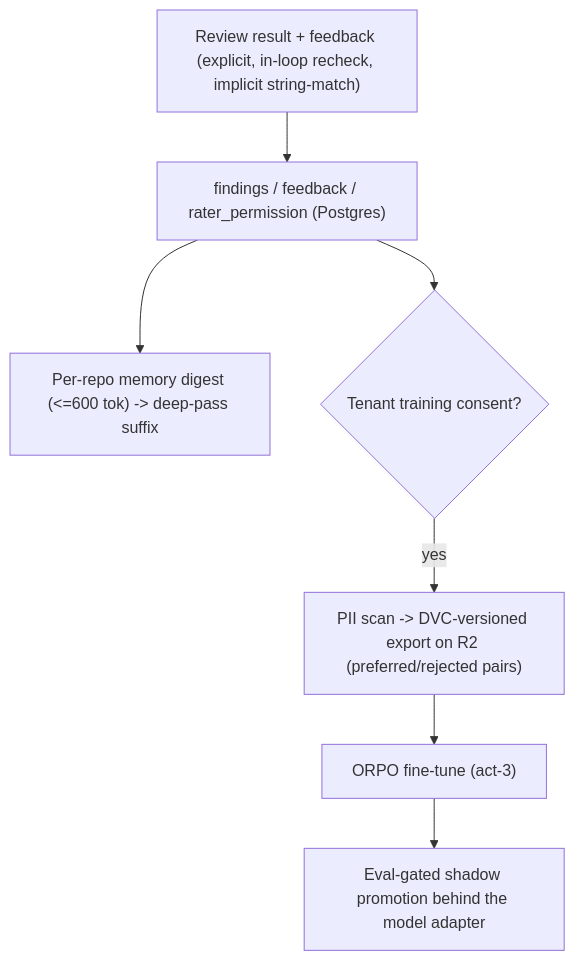
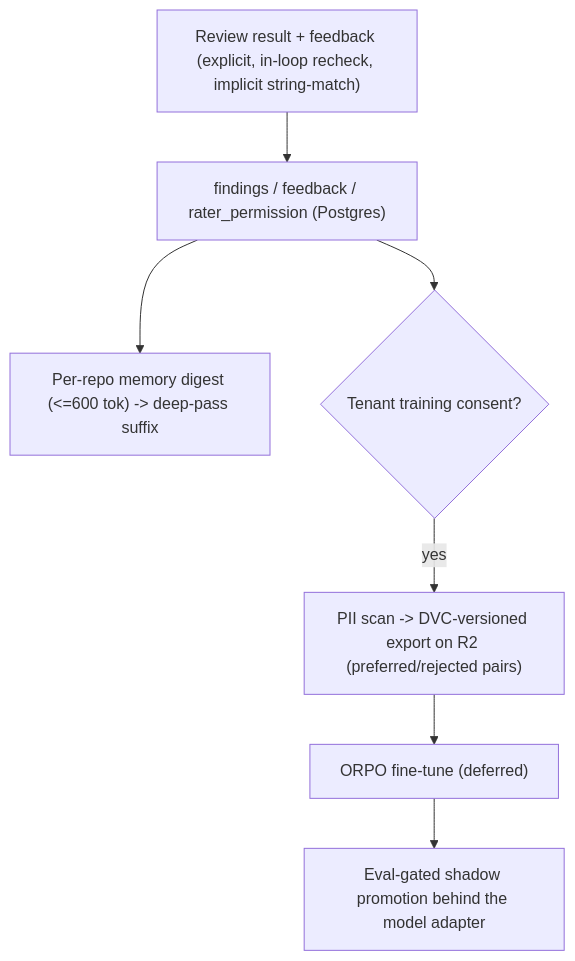
Before and after one commit to apatureai/judgment-engine: the fourth of 4 diagrams in ARCHITECTURE.md, drawn with Mermaid. The commit also changed other lines of this file and 53 other files, not shown here.

````diff
--- a/ARCHITECTURE.md
+++ b/ARCHITECTURE.md
@@ -132,9 +132,9 @@
 ```mermaid
 flowchart TD
   A["Review result + feedback (explicit, in-loop recheck, implicit string-match)"] --> B["findings / feedback / rater_permission (Postgres)"]
   B --> C["Per-repo memory digest (<=600 tok) -> deep-pass suffix"]
   B --> D{"Tenant training consent?"}
   D -- "yes" --> E["PII scan -> DVC-versioned export on R2 (preferred/rejected pairs)"]
-  E --> F["ORPO fine-tune (act-3)"]
+  E --> F["ORPO fine-tune (deferred)"]
   F --> G["Eval-gated shadow promotion behind the model adapter"]
 ```
````
